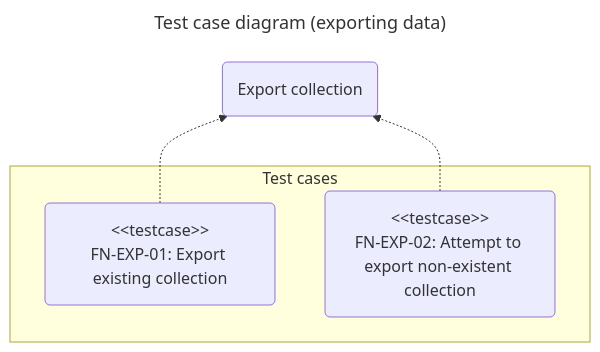
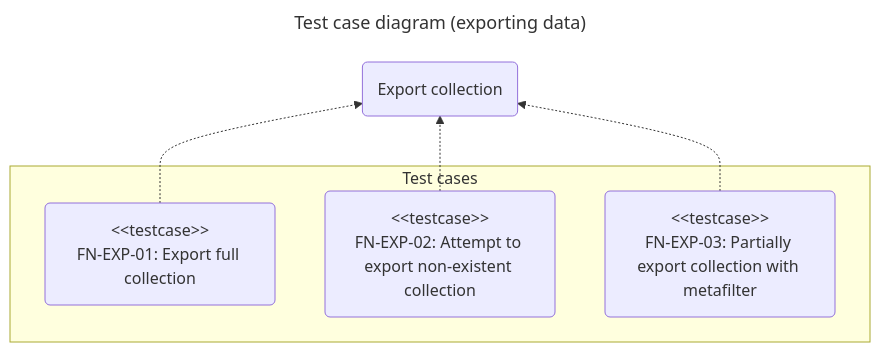
The second of 6 diagrams in docs/spec/tests/functional.en.md (chromiodev/chromie-tool), drawn with Mermaid before and after one commit. The commit also changed other lines of this file and 12 other files, not shown here.

````diff
--- a/docs/spec/tests/functional.en.md
+++ b/docs/spec/tests/functional.en.md
@@ -135,18 +135,20 @@
 ```mermaid
 ---
 title: Test case diagram (exporting data)
 config:
 ---
 
 graph BT
   %% use cases
   exportColl@{ shape: "rounded", label: "Export collection" }
 
   subgraph "Test cases"
-    exportExistingColl@{ shape: "rounded", label: "#lt;#lt;testcase>><br>FN-EXP-01: Export existing collection" }
+    exportFullColl@{ shape: "rounded", label: "#lt;#lt;testcase>><br>FN-EXP-01: Export full collection" }
     exportNonExistingColl@{ shape: "rounded", label: "#lt;#lt;testcase>><br>FN-EXP-02: Attempt to export non-existent collection" }
+    exportCollPartiallyWithMetafilter@{ shape: "rounded", label: "#lt;#lt;testcase>><br>FN-EXP-03: Partially export collection with metafilter" }
   end
 
-  exportExistingColl -.-> exportColl
+  exportFullColl -.-> exportColl
   exportNonExistingColl -.-> exportColl
+  exportCollPartiallyWithMetafilter -.-> exportColl
 ```
````
